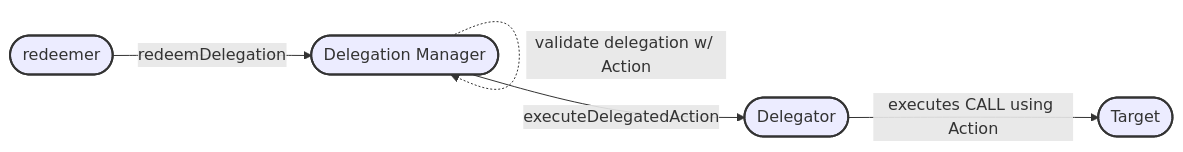
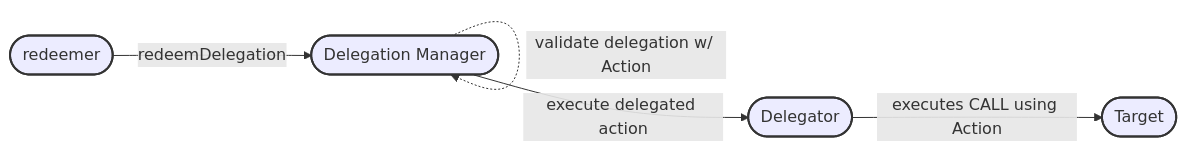
The diagram in ERCS/erc-7710.md (ethereum/ERCs), drawn with Mermaid before and after one commit. The commit also changed other lines of this file, not shown here.

Commit message:
Remove `executeDelegatedAction` and introduce 7579-style execution

````diff
--- a/ERCS/erc-7710.md
+++ b/ERCS/erc-7710.md
@@ -69,11 +70,11 @@
 ```mermaid
 flowchart LR
     redeemer(["redeemer"]) --"redeemDelegation"--> Delegation_Manager(["Delegation Manager"])
     Delegation_Manager -.->|validate delegation w/ Action| Delegation_Manager
-    Delegation_Manager --"executeDelegatedAction"--> Delegator(["Delegator"])
+    Delegation_Manager --"execute delegated action"--> Delegator(["Delegator"])
     Delegator --"executes CALL using Action"--> Target(["Target"])
 
     classDef action stroke:#333,stroke-width:2px,stroke-dasharray: 5, 5;
     classDef entity fill:#af,stroke:#333,stroke-width:2px;
     class redeemer,Delegator,Delegation_Manager,Target entity;
 ```
````
